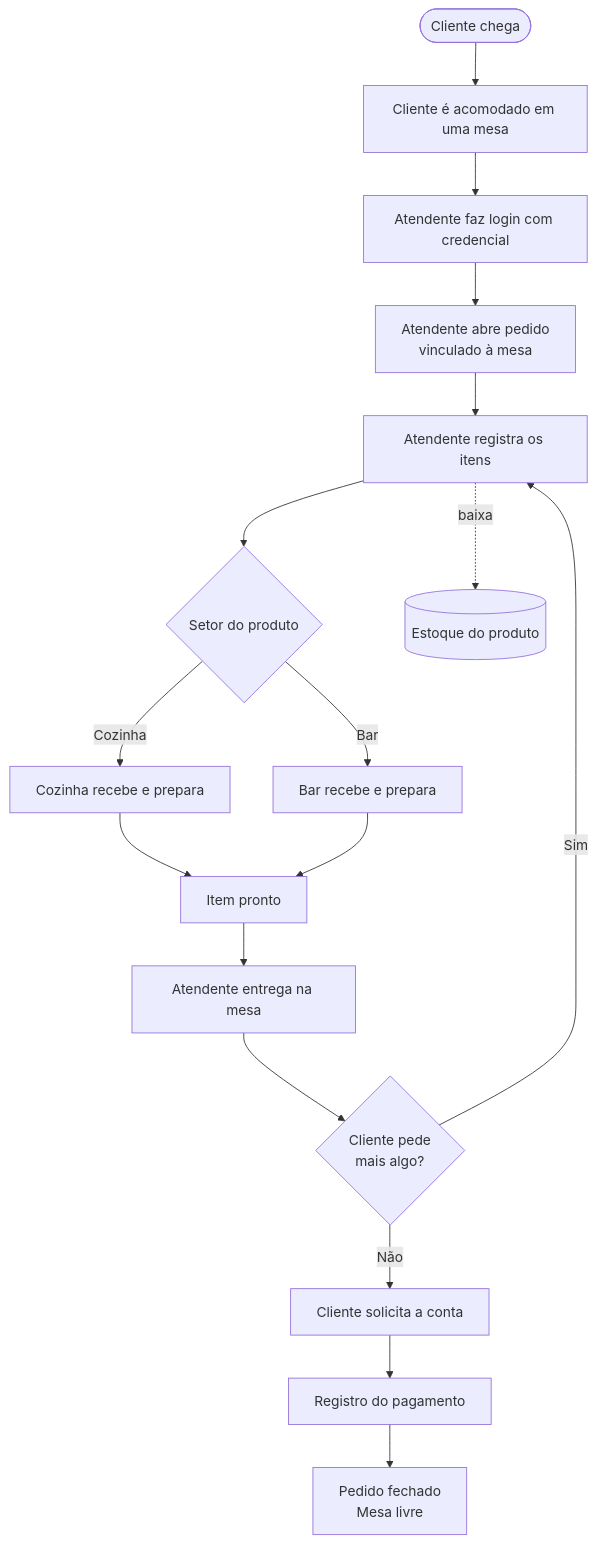
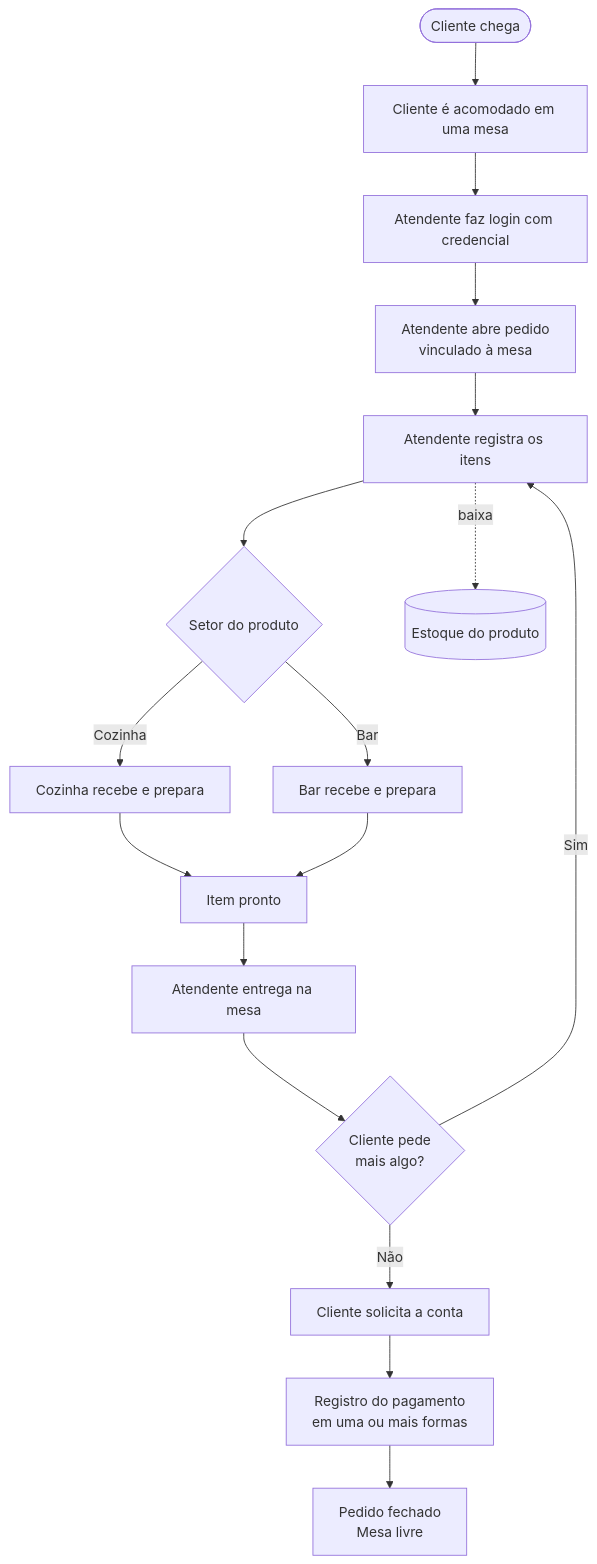
Before and after one commit to Victin7/modelagem-dados: the first of 3 diagrams in README.md, drawn with Mermaid. The commit also changed other lines of this file, not shown here.

````diff
--- a/README.md
+++ b/README.md
@@ -72,19 +123,19 @@
 ```mermaid
 flowchart TD
     A([Cliente chega]) --> B[Cliente é acomodado em uma mesa]
     B --> C[Atendente faz login com credencial]
     C --> D[Atendente abre pedido<br/>vinculado à mesa]
     D --> E[Atendente registra os itens]
     E --> F{Setor do produto}
     F -- Cozinha --> G[Cozinha recebe e prepara]
     F -- Bar --> H[Bar recebe e prepara]
     G --> I[Item pronto]
     H --> I
     I --> J[Atendente entrega na mesa]
     J --> K{Cliente pede<br/>mais algo?}
     K -- Sim --> E
     K -- Não --> L[Cliente solicita a conta]
-    L --> M[Registro do pagamento]
+    L --> M[Registro do pagamento<br/>em uma ou mais formas]
     M --> N[Pedido fechado<br/>Mesa livre]
     E -. baixa .-> O[(Estoque do produto)]
 ```
````
